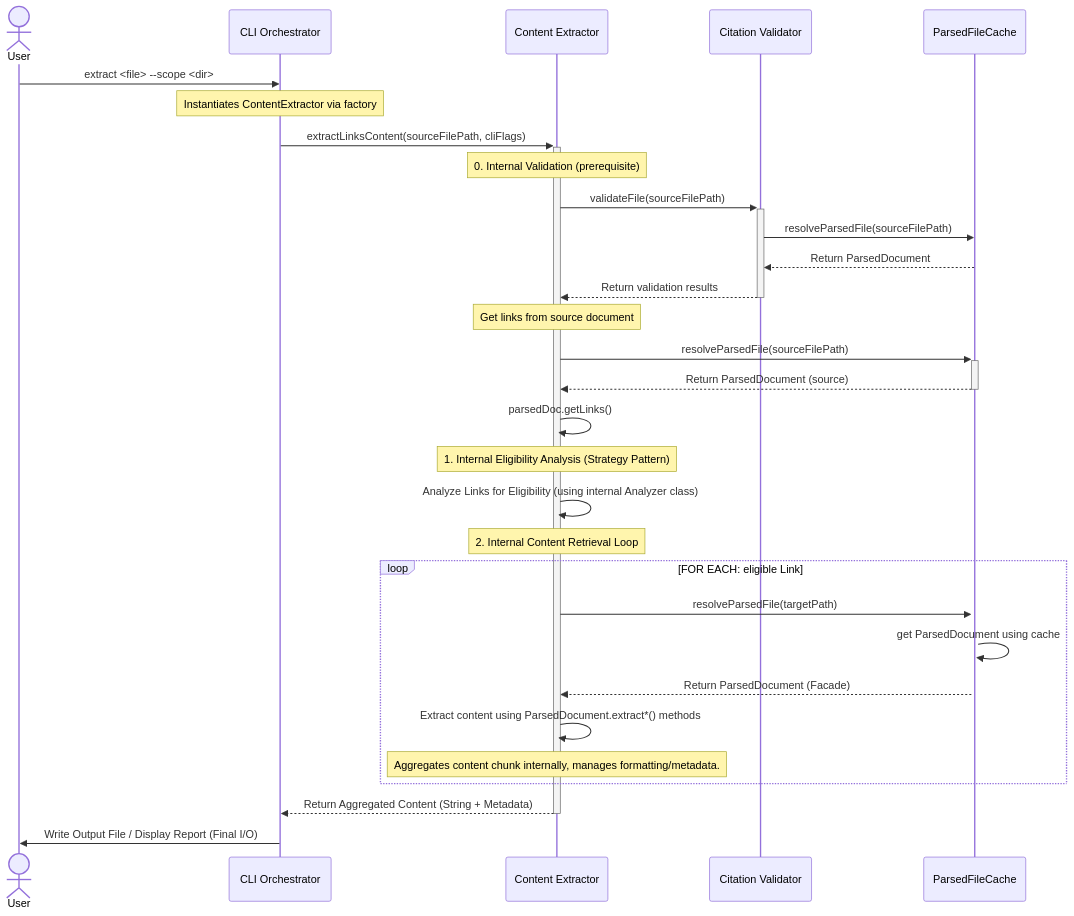
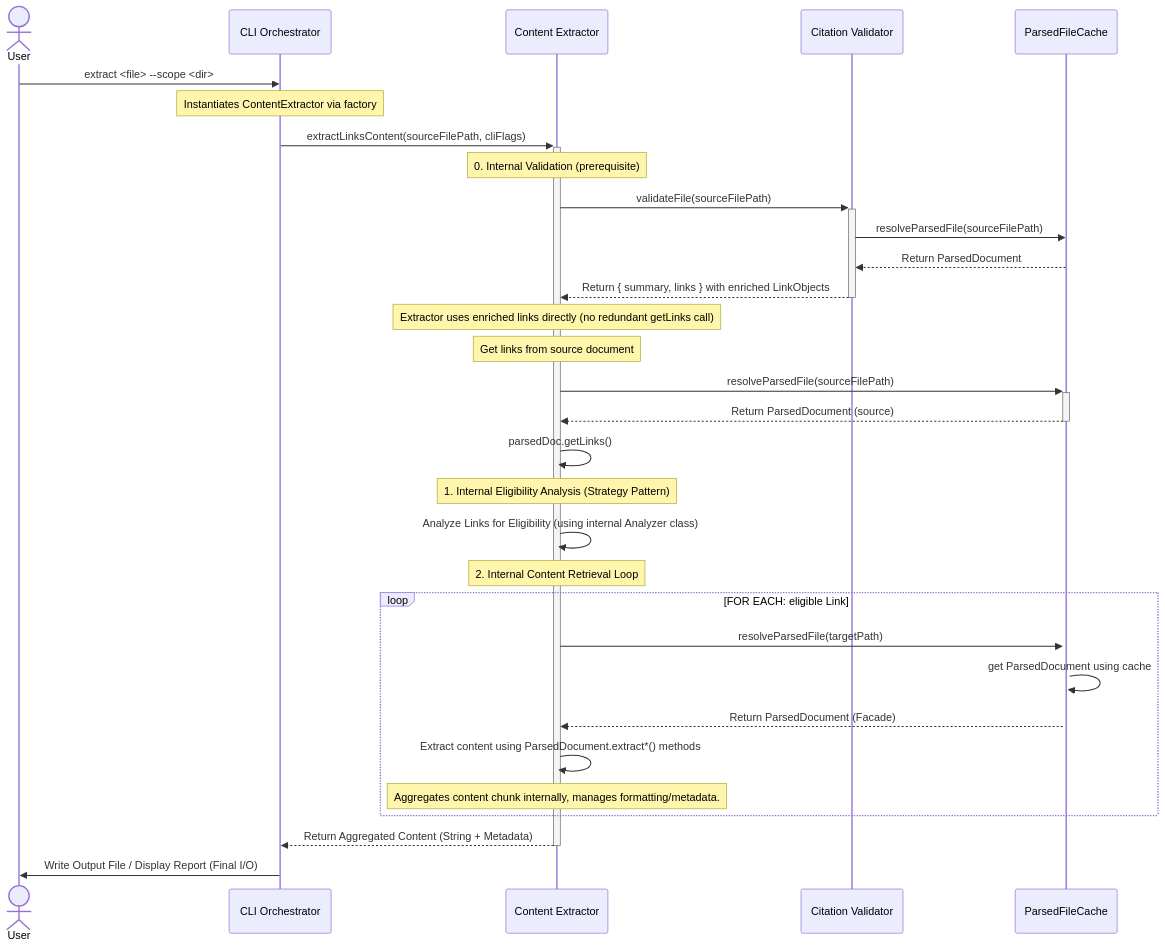
The fourth of 5 diagrams in tools/citation-manager/design-docs/features/20251003-content-aggregation/content-aggregation-architecture.md (WesleyMFrederick/cc-workflows), drawn with Mermaid before and after one commit. The commit also changed other lines of this file and 7 other files, not shown here.

````diff
--- a/tools/citation-manager/design-docs/features/20251003-content-aggregation/content-aggregation-architecture.md
+++ b/tools/citation-manager/design-docs/features/20251003-content-aggregation/content-aggregation-architecture.md
@@ -463,44 +464,45 @@
 ```mermaid
 sequenceDiagram
   actor User
     participant CLI as CLI Orchestrator
     participant Extractor as Content Extractor
     participant Validator as Citation Validator
     participant ParsedCache as ParsedFileCache
 
     User->>CLI: extract <file> --scope <dir>
 
     note over CLI: Instantiates ContentExtractor via factory
 
     CLI->>+Extractor: extractLinksContent(sourceFilePath, cliFlags)
 
     note over Extractor: 0. Internal Validation (prerequisite)
     Extractor->>+Validator: validateFile(sourceFilePath)
     Validator->>ParsedCache: resolveParsedFile(sourceFilePath)
     ParsedCache-->>Validator: Return ParsedDocument
-    Validator-->>-Extractor: Return validation results
+    Validator-->>-Extractor: Return { summary, links } with enriched LinkObjects
 
+    note over Extractor: Extractor uses enriched links directly (no redundant getLinks call)
     note over Extractor: Get links from source document
     Extractor->>+ParsedCache: resolveParsedFile(sourceFilePath)
     ParsedCache-->>-Extractor: Return ParsedDocument (source)
     Extractor->>Extractor: parsedDoc.getLinks()
     
     note over Extractor: 1. Internal Eligibility Analysis (Strategy Pattern)
     Extractor->>Extractor: Analyze Links for Eligibility (using internal Analyzer class)
 
     note over Extractor: 2. Internal Content Retrieval Loop
     loop FOR EACH: eligible Link
         Extractor->>+ParsedCache: resolveParsedFile(targetPath)
         
         ParsedCache->>ParsedCache: get ParsedDocument using cache 
         ParsedCache-->>Extractor: Return ParsedDocument (Facade)
 
         Extractor->>Extractor: Extract content using ParsedDocument.extract*() methods
         
         note over Extractor: Aggregates content chunk internally, manages formatting/metadata.
     end
 
     Extractor-->>-CLI: Return Aggregated Content (String + Metadata)
 
     CLI->>User: Write Output File / Display Report (Final I/O)
 ```
````
